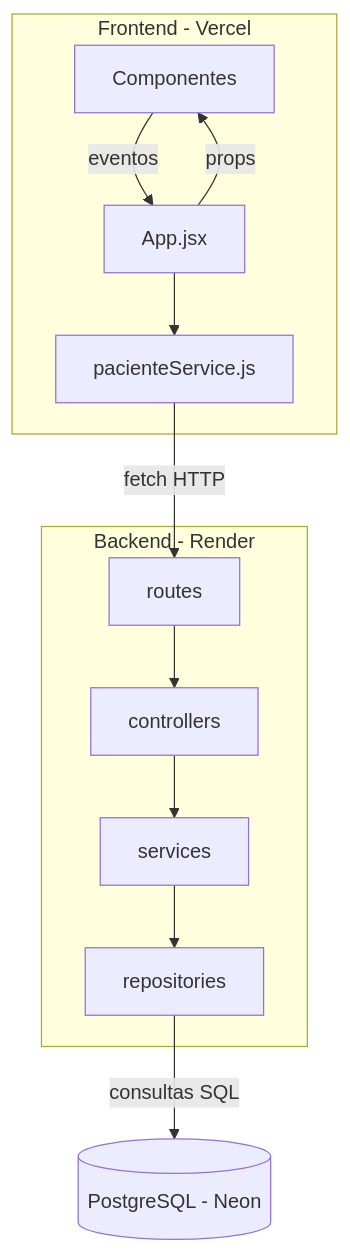
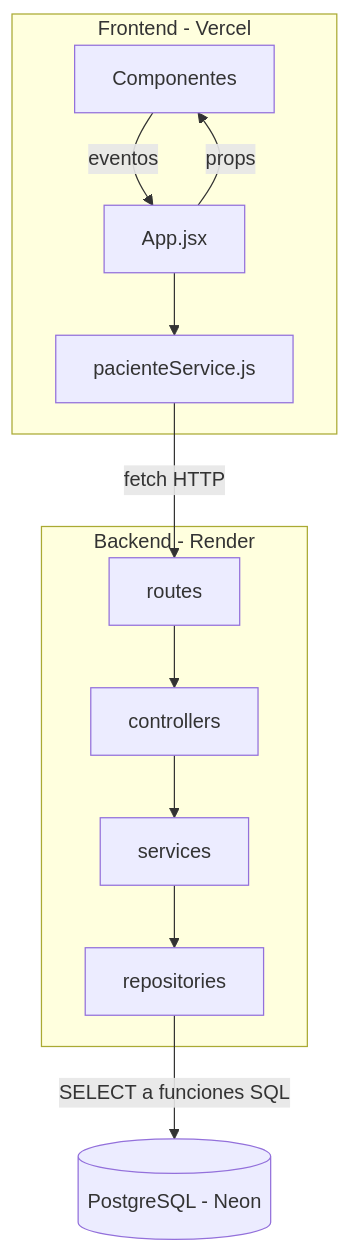
Before and after one commit to Ina7dev/vetChiloe: the diagram in README.md, drawn with Mermaid. The commit also changed other lines of this file, not shown here.

First line of the commit message:
Enhance README with PostgreSQL functions and API updates

````diff
--- a/README.md
+++ b/README.md
@@ -56,17 +60,17 @@
 ```mermaid
 flowchart TD
     subgraph Frontend - Vercel
         A[Componentes] -->|eventos| B[App.jsx]
         B -->|props| A
         B --> C[pacienteService.js]
     end
 
     subgraph Backend - Render
         D[routes] --> E[controllers]
         E --> F[services]
         F --> G[repositories]
     end
 
     C -->|fetch HTTP| D
-    G -->|consultas SQL| H[(PostgreSQL - Neon)]
+    G -->|SELECT a funciones SQL| H[(PostgreSQL - Neon)]
 ```
````
